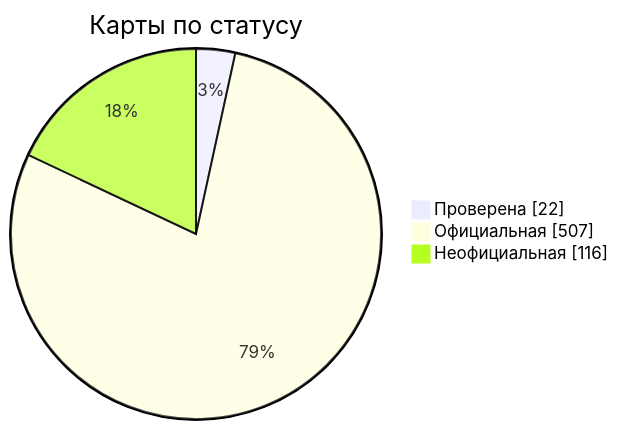
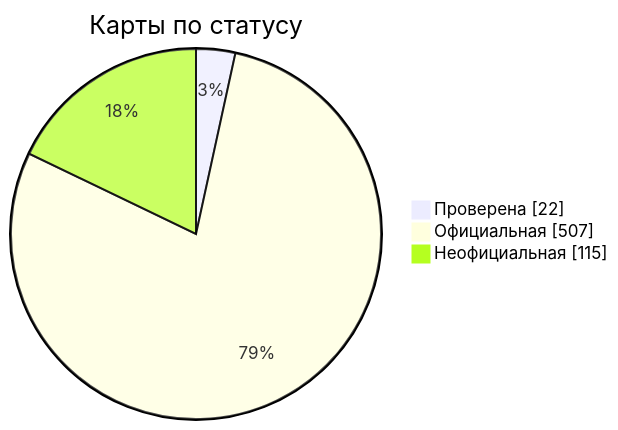
One commit to nobrega8/mbmap-library changed the diagram in docs/readme/README_RU.md. Above: the diagram before and after it, drawn with Mermaid. The commit also changed 6 other files, not shown here.

````diff
--- a/docs/readme/README_RU.md
+++ b/docs/readme/README_RU.md
@@ -54,7 +54,7 @@
 ```mermaid
 pie showData
     title Карты по статусу
     "Проверена" : 22
     "Официальная" : 507
-    "Неофициальная" : 116
+    "Неофициальная" : 115
 ```
````
